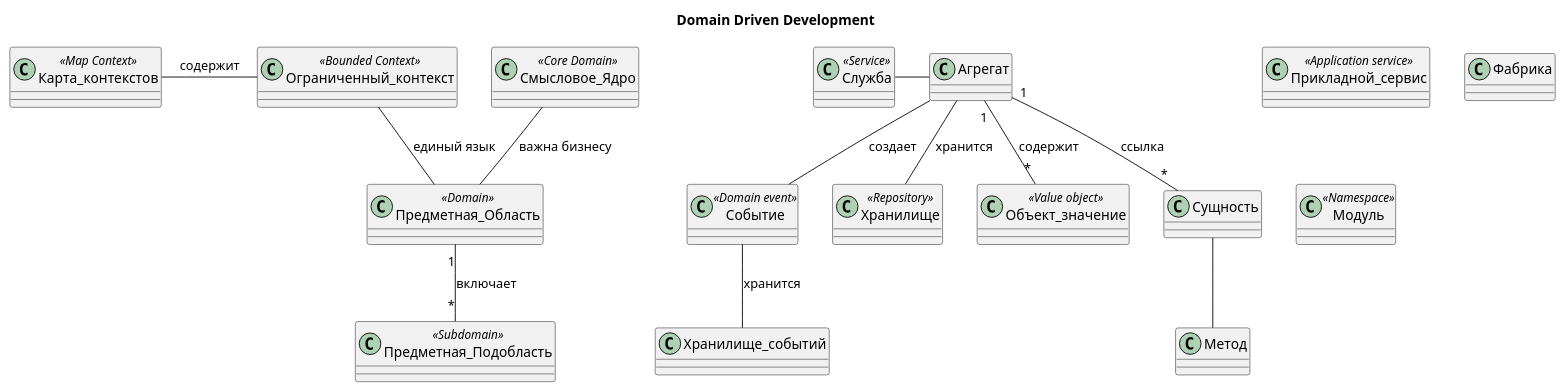
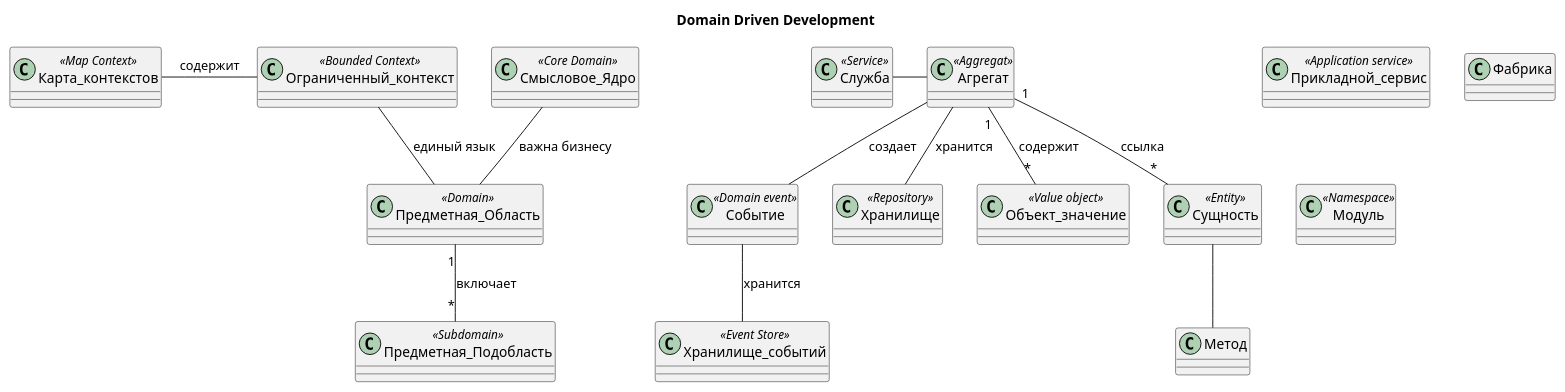
The diagram in arch/pattern/ddd.puml (daemon110282/daemon110282.github.io), drawn with PlantUML before and after one commit. The commit also changed 1 other file, not shown here.

```diff
--- a/arch/pattern/ddd.puml
+++ b/arch/pattern/ddd.puml
@@ -1,37 +1,37 @@
 @startuml DDD
 
 title Domain Driven Development
 
 class Смысловое_Ядро <<Core Domain>>
 class Предметная_Область <<Domain>>
 class Предметная_Подобласть <<Subdomain>>
 Предметная_Область "1" -- "*" Предметная_Подобласть: включает 
 Смысловое_Ядро -- Предметная_Область: важна бизнесу
 class Ограниченный_контекст <<Bounded Context>>
 Ограниченный_контекст -- Предметная_Область : единый язык
 class Карта_контекстов <<Map Context>>
 Карта_контекстов - Ограниченный_контекст: содержит
 
 
-class Агрегат
+class Агрегат <<Aggregat>>
 'class Объект
 class Прикладной_сервис <<Application service>>
 class Служба <<Service>>
 Служба - Агрегат
 class Фабрика
 class Модуль <<Namespace>>
 class Событие <<Domain event>>
 Агрегат -- Событие : создает
-class Хранилище_событий
+class Хранилище_событий <<Event Store>>
 Событие -- Хранилище_событий: хранится
 class Хранилище <<Repository>>
 Агрегат -- Хранилище: хранится
 class Объект_значение <<Value object>>
 Агрегат "1" -- "*" Объект_значение: содержит
-class Сущность
+class Сущность <<Entity>>
 Агрегат "1" -- "*" Сущность: ссылка
 
 class Метод
 Сущность -- Метод
 
 @enduml
```
